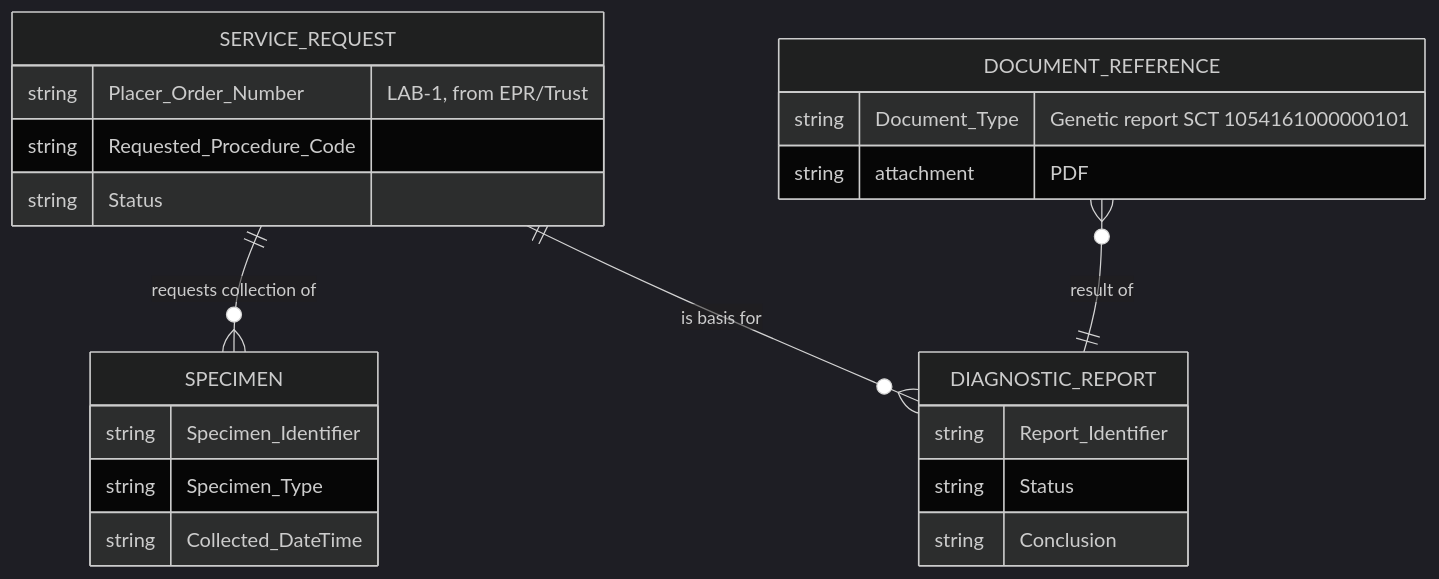
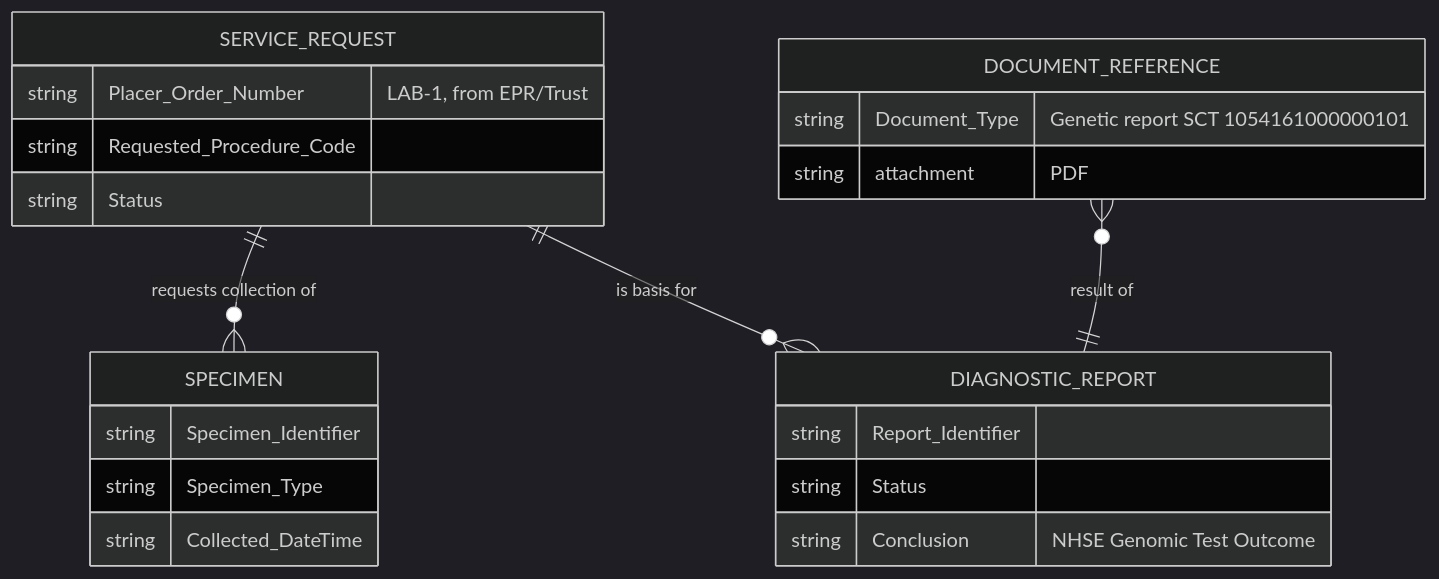
The fifth of 7 diagrams in input/pagecontent/overview.md (nw-gmsa/nw-gmsa.github.com), drawn with Mermaid (dark theme) before and after one commit. The commit also changed other lines of this file, not shown here.

Commit message:
Overview diagram

````diff
--- a/input/pagecontent/overview.md
+++ b/input/pagecontent/overview.md
@@ -271,29 +271,29 @@
 ```mermaid
 erDiagram
     SERVICE_REQUEST ||--o{ SPECIMEN : "requests collection of"
 
     SERVICE_REQUEST ||--o{ DIAGNOSTIC_REPORT : "is basis for"
 
     DOCUMENT_REFERENCE }o--|| DIAGNOSTIC_REPORT : "result of"
 
     SERVICE_REQUEST {
         string Placer_Order_Number "LAB-1, from EPR/Trust"
         string Requested_Procedure_Code
         string Status
     }
 
     SPECIMEN {
         string Specimen_Identifier
         string Specimen_Type
         string Collected_DateTime
     }
     DOCUMENT_REFERENCE {
         string Document_Type "Genetic report SCT 1054161000000101"
         string attachment "PDF"
     }
     DIAGNOSTIC_REPORT {
         string Report_Identifier
         string Status
-        string Conclusion
+        string Conclusion "NHSE Genomic Test Outcome"
     }
 ```
````
